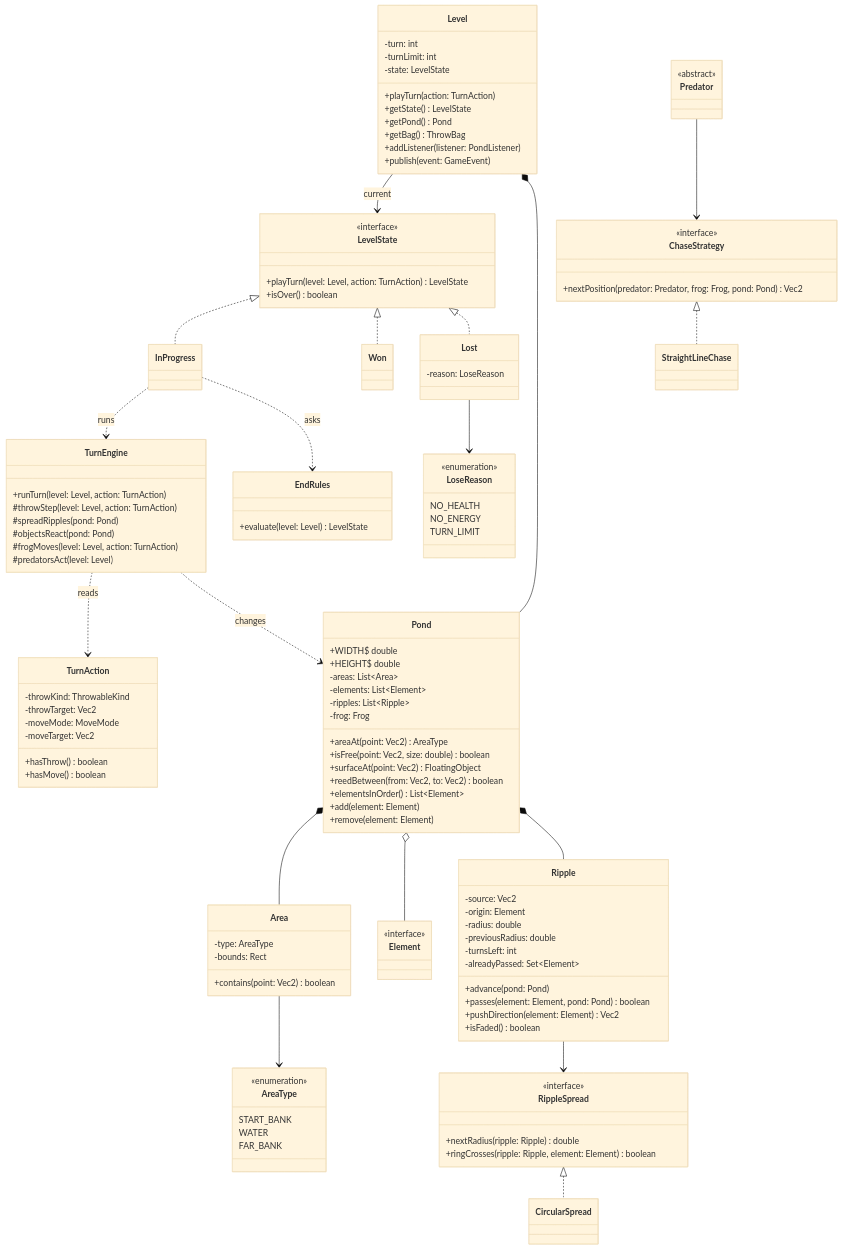
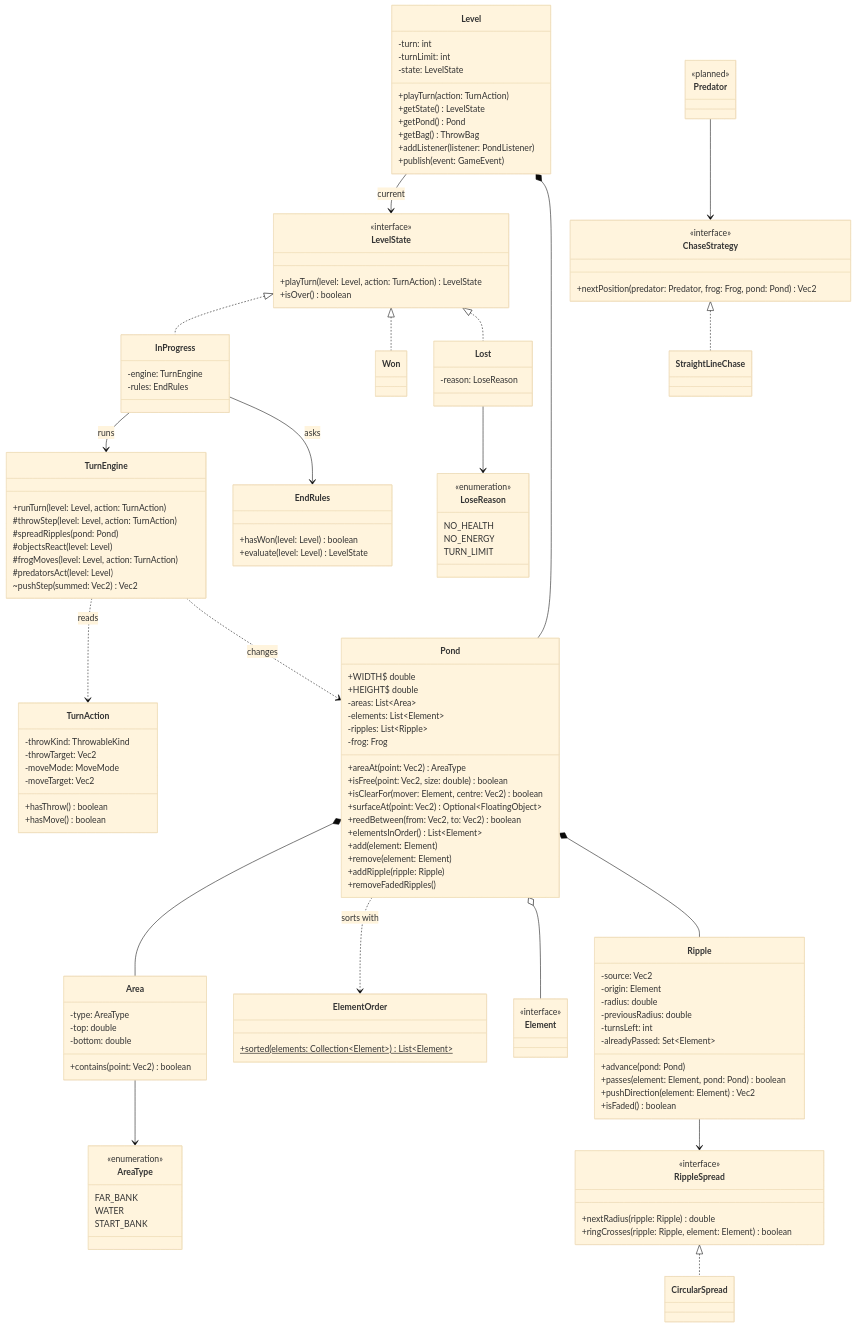
Before and after one commit to jonathandeveloper26-bit/JavaGame: the third of 4 diagrams in docs/RIPPLE_POND_UML.md, drawn with Mermaid (base theme). The commit also changed other lines of this file, not shown here.

First line of the commit message:
Update the UML to version 3, matching the code (J11)

```diff
--- a/docs/RIPPLE_POND_UML.md
+++ b/docs/RIPPLE_POND_UML.md
@@ -272,7 +322,10 @@
   +playTurn(level: Level, action: TurnAction) LevelState
   +isOver() boolean
 }
-class InProgress
+class InProgress {
+  -engine: TurnEngine
+  -rules: EndRules
+}
 class Won
 class Lost {
   -reason: LoseReason
@@ -295,11 +348,13 @@
   +runTurn(level: Level, action: TurnAction)
   #throwStep(level: Level, action: TurnAction)
   #spreadRipples(pond: Pond)
-  #objectsReact(pond: Pond)
+  #objectsReact(level: Level)
   #frogMoves(level: Level, action: TurnAction)
   #predatorsAct(level: Level)
+  ~pushStep(summed: Vec2) Vec2
 }
 class EndRules {
+  +hasWon(level: Level) boolean
   +evaluate(level: Level) LevelState
 }
 class Pond {
@@ -311,22 +366,29 @@
   -frog: Frog
   +areaAt(point: Vec2) AreaType
   +isFree(point: Vec2, size: double) boolean
-  +surfaceAt(point: Vec2) FloatingObject
+  +isClearFor(mover: Element, centre: Vec2) boolean
+  +surfaceAt(point: Vec2) Optional~FloatingObject~
   +reedBetween(from: Vec2, to: Vec2) boolean
   +elementsInOrder() List~Element~
   +add(element: Element)
   +remove(element: Element)
+  +addRipple(ripple: Ripple)
+  +removeFadedRipples()
+}
+class ElementOrder {
+  +sorted(elements: Collection~Element~) List~Element~$
 }
 class Area {
   -type: AreaType
-  -bounds: Rect
+  -top: double
+  -bottom: double
   +contains(point: Vec2) boolean
 }
 class AreaType {
   <<enumeration>>
+  FAR_BANK
+  WATER
   START_BANK
-  WATER
-  FAR_BANK
 }
 class Ripple {
   -source: Vec2
@@ -352,7 +414,7 @@
 }
 class StraightLineChase
 class Predator
-<<abstract>> Predator
+<<planned>> Predator
 class Element
 <<interface>> Element
 
@@ -362,11 +424,12 @@
 LevelState <|.. Won
 LevelState <|.. Lost
 Lost --> LoseReason
-InProgress ..> TurnEngine : runs
-InProgress ..> EndRules : asks
+InProgress --> TurnEngine : runs
+InProgress --> EndRules : asks
 TurnEngine ..> TurnAction : reads
 TurnEngine ..> Pond : changes
 Pond *-- Area
+Pond ..> ElementOrder : sorts with
 Area --> AreaType
 Pond o-- Element
 Pond *-- Ripple
```
